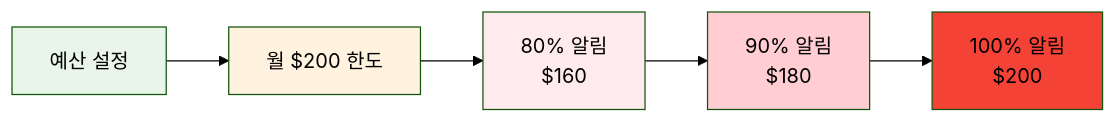
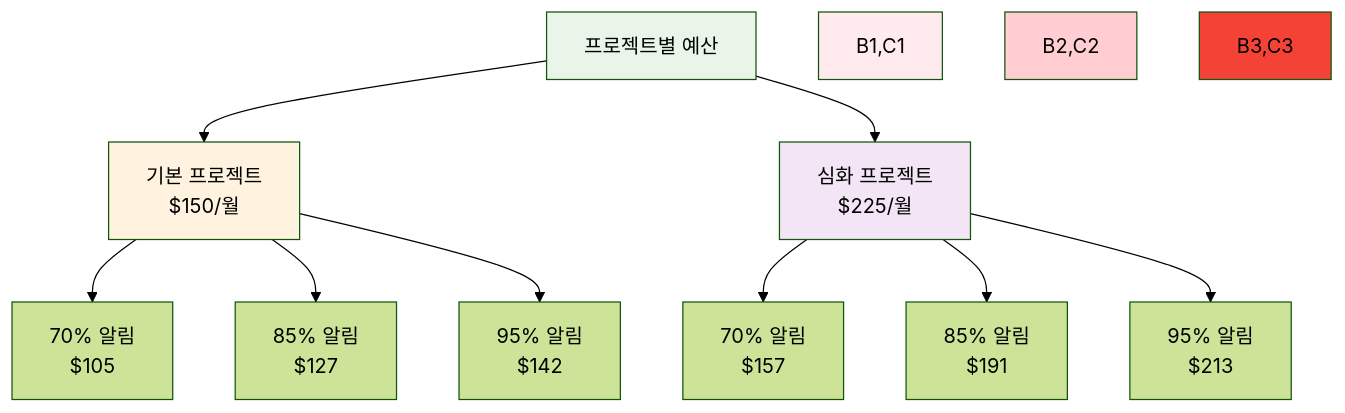
Before and after one commit to niceguy61/kdt_devops_lecture_2025: the second of 4 diagrams in theory/guide/aws_account_setup_guide.md, drawn with Mermaid (forest theme). The commit also changed other lines of this file and 1 other file, not shown here.

````diff
--- a/theory/guide/aws_account_setup_guide.md
+++ b/theory/guide/aws_account_setup_guide.md
@@ -216,13 +226,20 @@
 ```mermaid
-graph LR
-    A[예산 설정] --> B[월 $200 한도]
-    B --> C[80% 알림<br/>$160]
-    C --> D[90% 알림<br/>$180]
-    D --> E[100% 알림<br/>$200]
+graph TB
+    A[프로젝트별 예산] --> B[기본 프로젝트<br/>$150/월]
+    A --> C[심화 프로젝트<br/>$225/월]
+    
+    B --> B1[70% 알림<br/>$105]
+    B --> B2[85% 알림<br/>$127]
+    B --> B3[95% 알림<br/>$142]
+    
+    C --> C1[70% 알림<br/>$157]
+    C --> C2[85% 알림<br/>$191]
+    C --> C3[95% 알림<br/>$213]
     
     style A fill:#e8f5e8
     style B fill:#fff3e0
-    style C fill:#ffebee
-    style D fill:#ffcdd2
-    style E fill:#f44336
+    style C fill:#f3e5f5
+    style B1,C1 fill:#ffebee
+    style B2,C2 fill:#ffcdd2
+    style B3,C3 fill:#f44336
 ```
````
